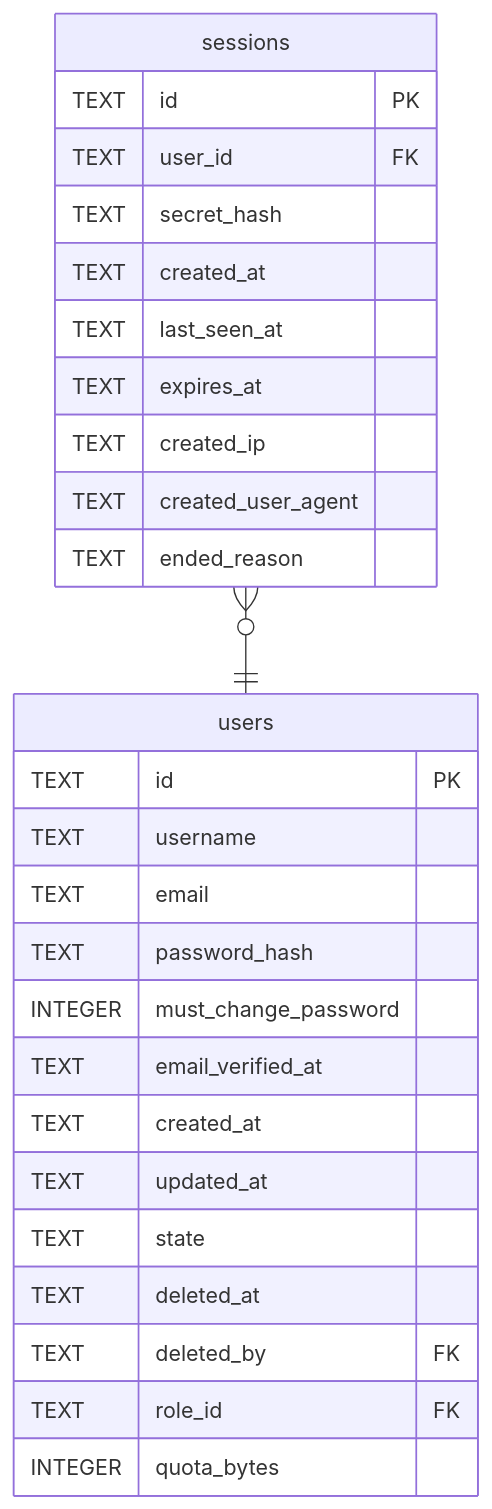
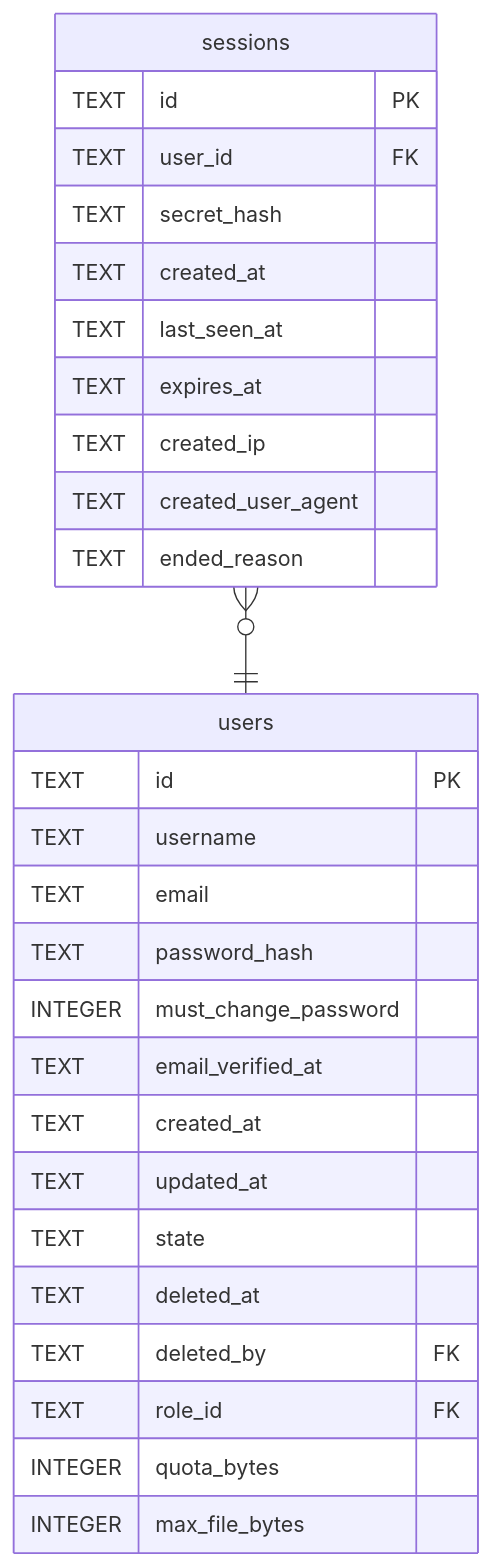
The diagram in docs/schema/sessions.md (Limatura/tessera), drawn with Mermaid before and after one commit. The commit also changed 32 other files, not shown here.

````diff
--- a/docs/schema/sessions.md
+++ b/docs/schema/sessions.md
@@ -57,32 +57,33 @@
 ```mermaid
 erDiagram
 
 "sessions" }o--|| "users" : ""
 
 "sessions" {
   TEXT id PK
   TEXT user_id FK
   TEXT secret_hash
   TEXT created_at
   TEXT last_seen_at
   TEXT expires_at
   TEXT created_ip
   TEXT created_user_agent
   TEXT ended_reason
 }
 "users" {
   TEXT id PK
   TEXT username
   TEXT email
   TEXT password_hash
   INTEGER must_change_password
   TEXT email_verified_at
   TEXT created_at
   TEXT updated_at
   TEXT state
   TEXT deleted_at
   TEXT deleted_by FK
   TEXT role_id FK
   INTEGER quota_bytes
+  INTEGER max_file_bytes
 }
 ```
````
